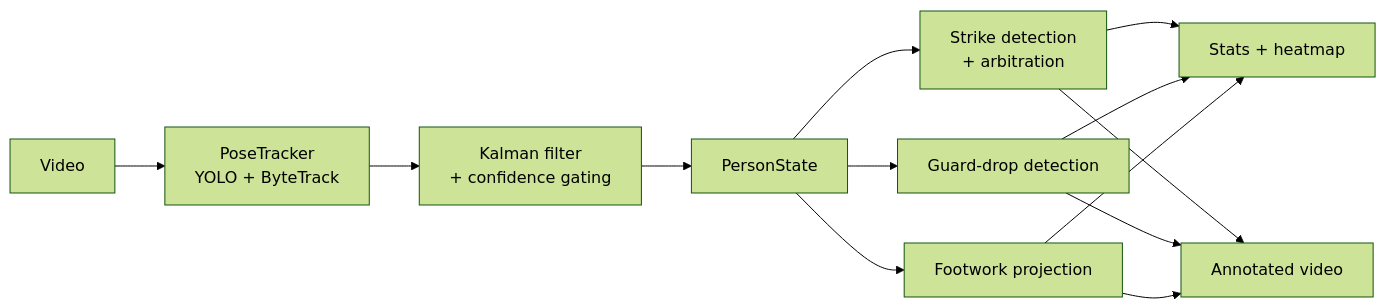
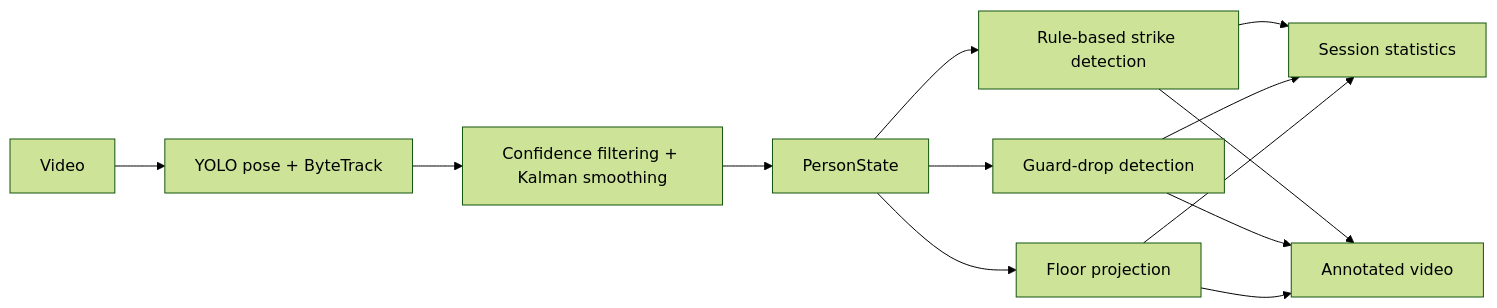
One commit to dly888/striking-analytics changed the diagram in README.md. Above: the diagram before and after it, drawn with Mermaid (forest theme). The commit also changed other lines of this file, not shown here.

````diff
--- a/README.md
+++ b/README.md
@@ -46,11 +44,11 @@
 ```mermaid
 flowchart LR
-    A[Video] --> B[PoseTracker<br/>YOLO + ByteTrack]
-    B --> C[Kalman filter<br/>+ confidence gating]
+    A[Video] --> B[YOLO pose + ByteTrack]
+    B --> C[Confidence filtering + Kalman smoothing]
     C --> D[PersonState]
-    D --> E[Strike detection<br/>+ arbitration]
+    D --> E[Rule-based strike detection]
     D --> F[Guard-drop detection]
-    D --> G[Footwork projection]
-    E & F & G --> H[Stats + heatmap]
+    D --> G[Floor projection]
+    E & F & G --> H[Session statistics]
     E & F & G --> I[Annotated video]
 ```
````
